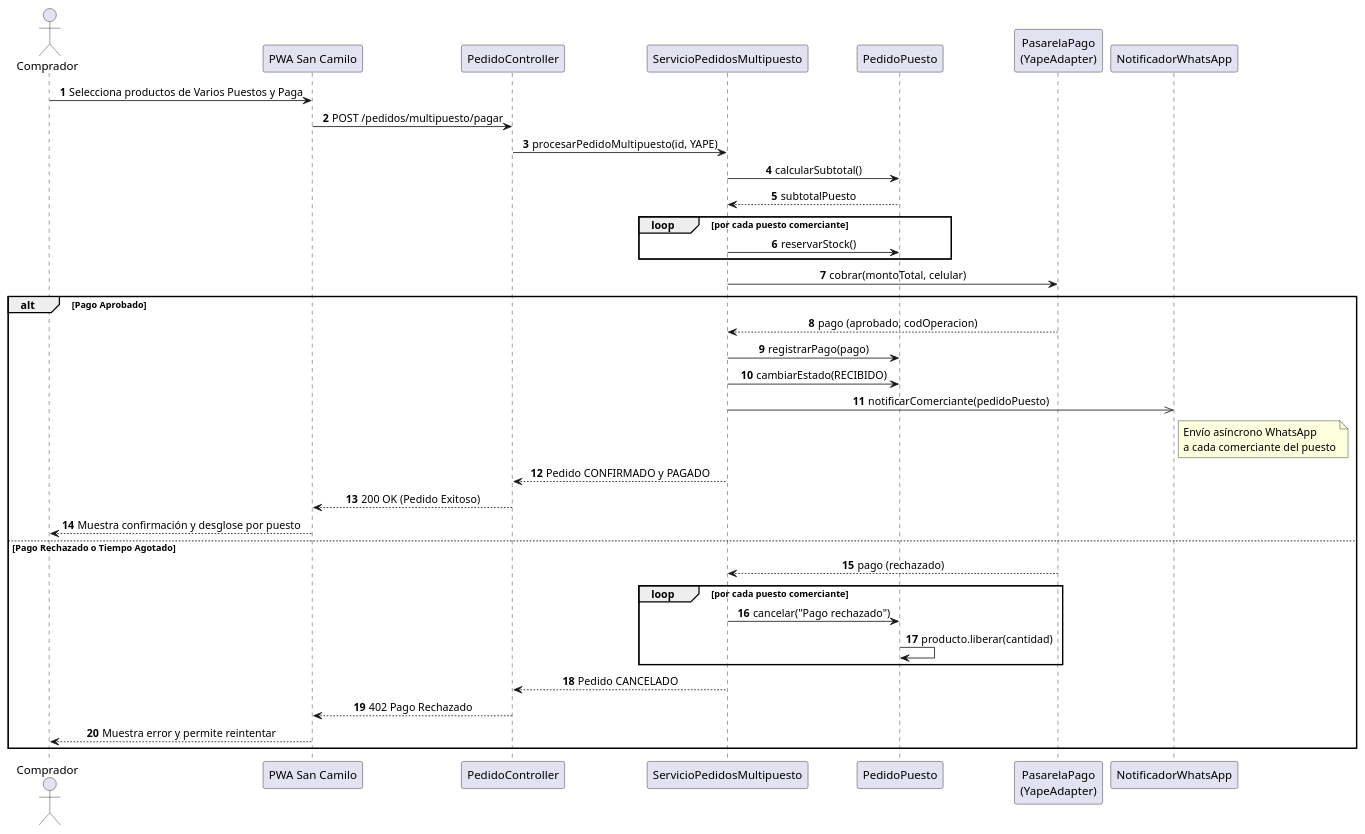
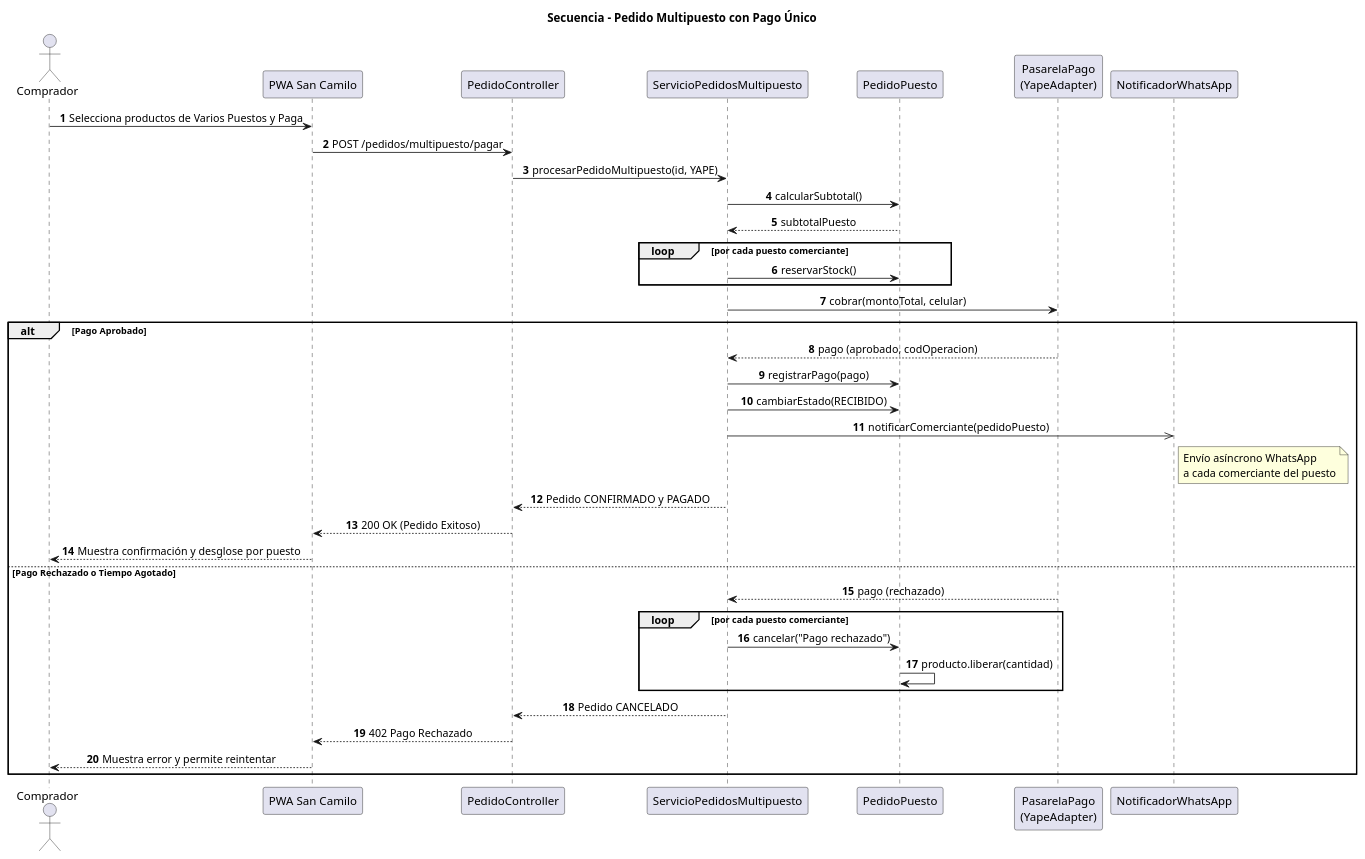
One commit to alecamic/cs-2026b-lab04-grupo08 changed the diagram in docs/design/secuencia-pedido-multipuesto.puml. Above: the diagram before and after it, drawn with PlantUML.

Commit message:
Actulizar secuencia-pedido-multipuesto.puml

```diff
--- a/docs/design/secuencia-pedido-multipuesto.puml
+++ b/docs/design/secuencia-pedido-multipuesto.puml
@@ -1,47 +1,49 @@
-@startuml secuencia-pedido-multipuesto
+@startuml
 skinparam shadowing false
 skinparam defaultFontName Arial
 skinparam sequenceMessageAlign center
 autonumber
+
+title Secuencia - Pedido Multipuesto con Pago Único
 
 actor Comprador
 participant "PWA San Camilo" as UI
 participant "PedidoController" as C
 participant "ServicioPedidosMultipuesto" as S
 participant "PedidoPuesto" as PP
 participant "PasarelaPago\n(YapeAdapter)" as G
 participant "NotificadorWhatsApp" as N
 
 Comprador -> UI : Selecciona productos de Varios Puestos y Paga
 UI -> C : POST /pedidos/multipuesto/pagar
 C -> S : procesarPedidoMultipuesto(id, YAPE)
 S -> PP : calcularSubtotal()
 PP --> S : subtotalPuesto
 
 loop por cada puesto comerciante
     S -> PP : reservarStock()
 end
 
 S -> G : cobrar(montoTotal, celular)
 
 alt Pago Aprobado
     G --> S : pago (aprobado, codOperacion)
     S -> PP : registrarPago(pago)
     S -> PP : cambiarEstado(RECIBIDO)
     S ->> N : notificarComerciante(pedidoPuesto)
     note right of N: Envío asíncrono WhatsApp\na cada comerciante del puesto
     S --> C : Pedido CONFIRMADO y PAGADO
     C --> UI : 200 OK (Pedido Exitoso)
     UI --> Comprador : Muestra confirmación y desglose por puesto
 else Pago Rechazado o Tiempo Agotado
     G --> S : pago (rechazado)
     loop por cada puesto comerciante
         S -> PP : cancelar("Pago rechazado")
         PP -> PP : producto.liberar(cantidad)
     end
     S --> C : Pedido CANCELADO
     C --> UI : 402 Pago Rechazado
     UI --> Comprador : Muestra error y permite reintentar
 end
 
 @enduml
```
